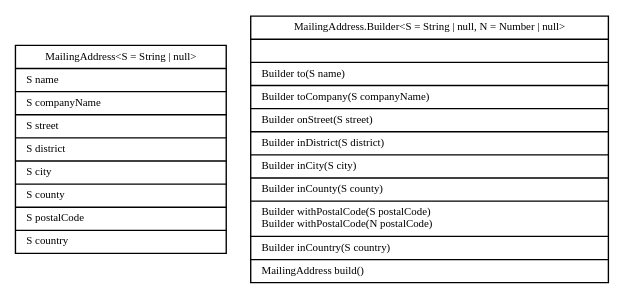
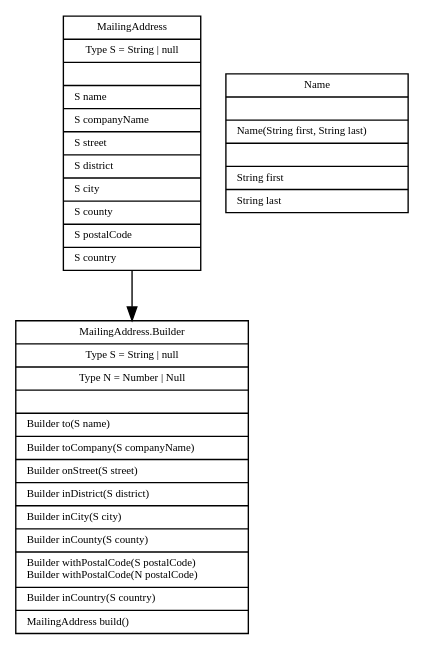
Before and after one commit to coallege/Fa20.CIS.D035A.62Z: the diagram in labs/lab2/PersonalInformation/UML.dot, drawn with Graphviz. The commit also changed 7 other files, not shown here.

```diff
--- a/labs/lab2/PersonalInformation/UML.dot
+++ b/labs/lab2/PersonalInformation/UML.dot
@@ -1,21 +1,27 @@
 digraph PersonalInformation {
    node [
       fontname="Bitstream Vera Sans"
       fontsize=8
       shape=record
    ]
 
    edge [
       fontname="Bitstream Vera Sans"
       fontsize=8
    ]
 
    MailingAddress [
       shape=record
-      label="{MailingAddress\<S = String \| null\>|S name\l|S companyName\l|S street\l|S district\l|S city\l|S county\l|S postalCode \l|S country \l}"
+      label="{MailingAddress|Type S = String \| null||S name\l|S companyName\l|S street\l|S district\l|S city\l|S county\l|S postalCode \l|S country \l}"
    ]
 
    MailingAddress_Builder [
-      label="{MailingAddress.Builder\<S = String \| null, N = Number \| null\>||Builder to(S name)\l|Builder toCompany(S companyName)\l|Builder onStreet(S street)\l|Builder inDistrict(S district)\l|Builder inCity(S city)\l|Builder inCounty(S county)\l|Builder withPostalCode(S postalCode)\lBuilder withPostalCode(N postalCode)\l|Builder inCountry(S country)\l|MailingAddress build()\l}"
+      label="{MailingAddress.Builder|Type S = String \| null|Type N = Number \| Null||Builder to(S name)\l|Builder toCompany(S companyName)\l|Builder onStreet(S street)\l|Builder inDistrict(S district)\l|Builder inCity(S city)\l|Builder inCounty(S county)\l|Builder withPostalCode(S postalCode)\lBuilder withPostalCode(N postalCode)\l|Builder inCountry(S country)\l|MailingAddress build()\l}"
    ]
+
+   Name [
+      label="{Name||Name(String first, String last)\l||String first\l|String last\l}"
+   ]
+
+   MailingAddress -> MailingAddress_Builder
 }
```
